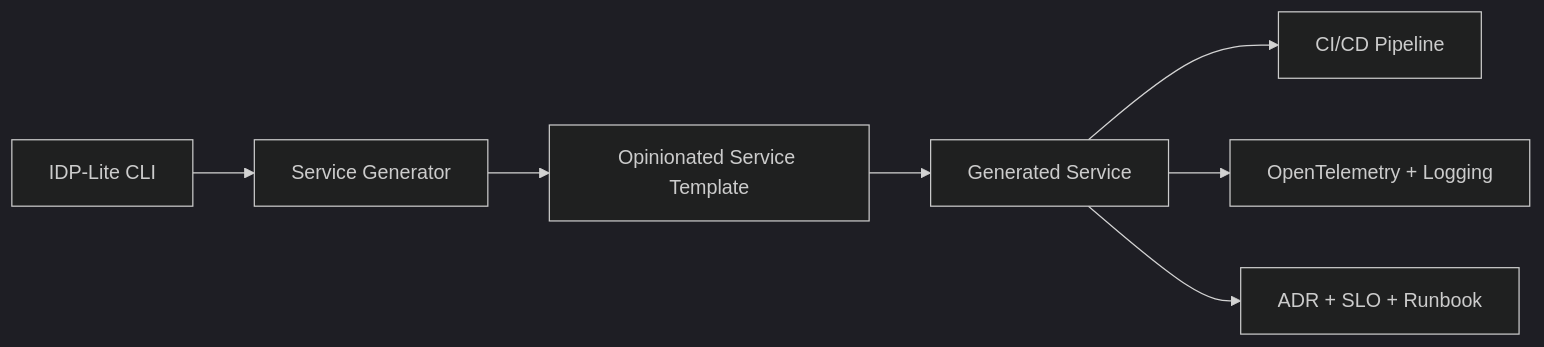
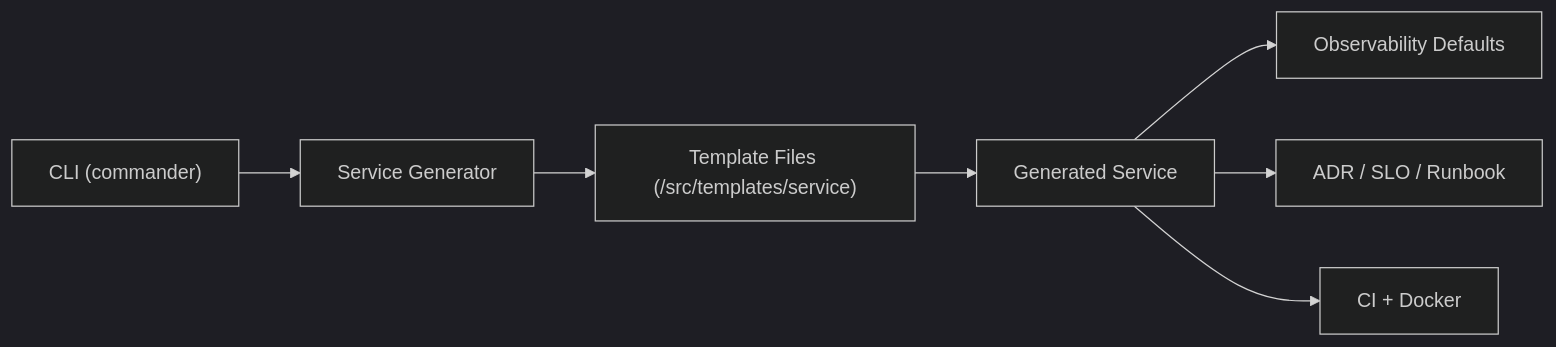
One commit to MarcKarbowiak/internal-developer-platform-lite changed the diagram in README.md. Above: the diagram before and after it, drawn with Mermaid (dark theme). The commit also changed other lines of this file and 24 other files, not shown here.

First line of the commit message:
feat(idp-lite): deliver deterministic CLI golden-path service scaffolder

````diff
--- a/README.md
+++ b/README.md
@@ -45,10 +103,9 @@
 ```mermaid
 flowchart LR
-
-CLI[IDP-Lite CLI] --> Generator[Service Generator]
-Generator --> Template[Opinionated Service Template]
-Template --> Service[Generated Service]
-Service --> CI[CI/CD Pipeline]
-Service --> Telemetry[OpenTelemetry + Logging]
-Service --> Docs[ADR + SLO + Runbook]
+  CLI["CLI (commander)"] --> GEN["Service Generator"]
+  GEN --> TPL["Template Files (/src/templates/service)"]
+  TPL --> SVC["Generated Service"]
+  SVC --> OBS["Observability Defaults"]
+  SVC --> DOCS["ADR / SLO / Runbook"]
+  SVC --> CI["CI + Docker"]
 ```
````
